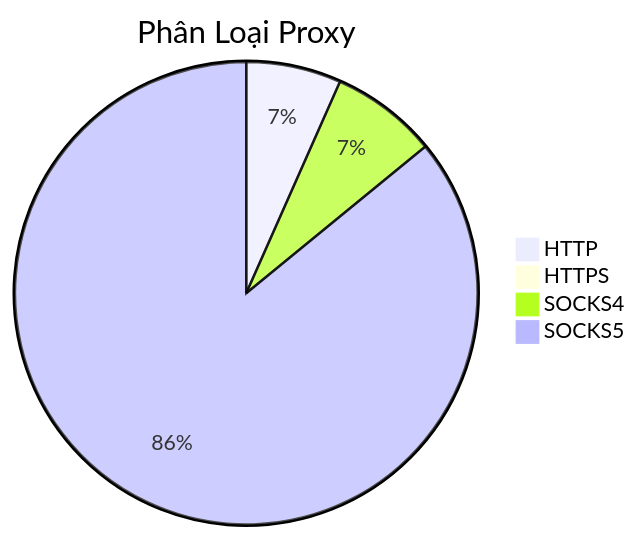
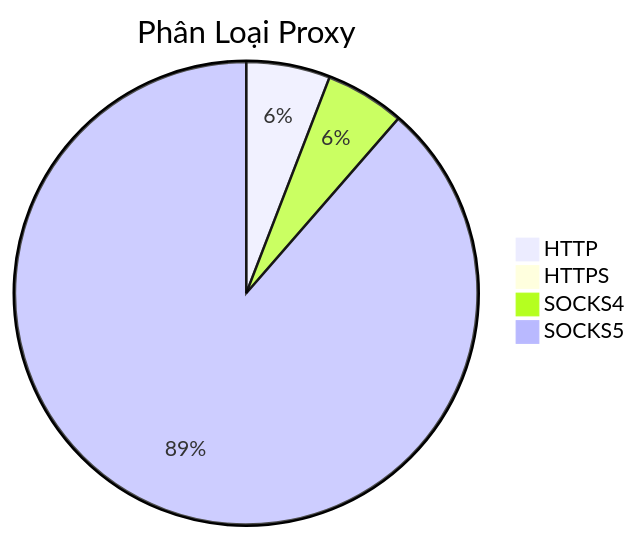
Before and after one commit to Ciara-Aa/PROXY-free: the diagram in README.md, drawn with Mermaid. The commit also changed other lines of this file and 3 other files, not shown here.

````diff
--- a/README.md
+++ b/README.md
@@ -26,7 +26,7 @@
 ```mermaid
 pie title Phân Loại Proxy
-    "HTTP" : 376
+    "HTTP" : 424
     "HTTPS" : 0
-    "SOCKS4" : 421
-    "SOCKS5" : 4865
+    "SOCKS4" : 401
+    "SOCKS5" : 6411
 ```
````
